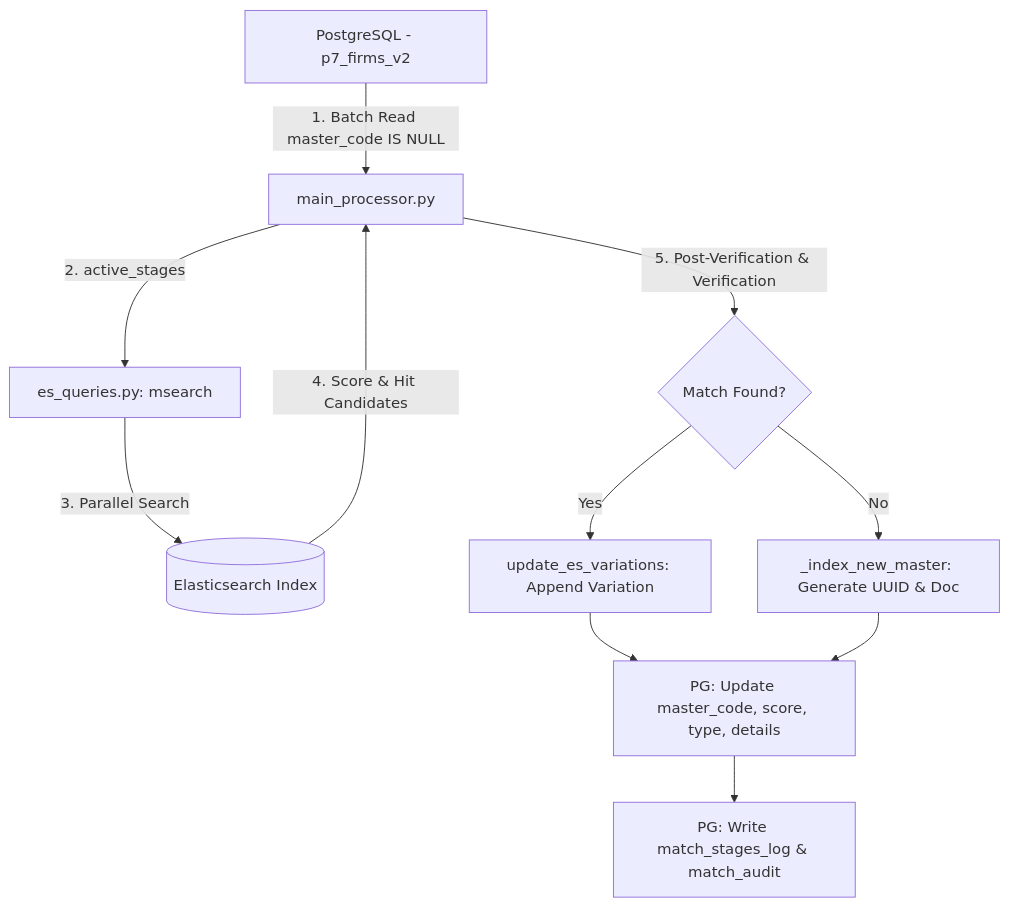
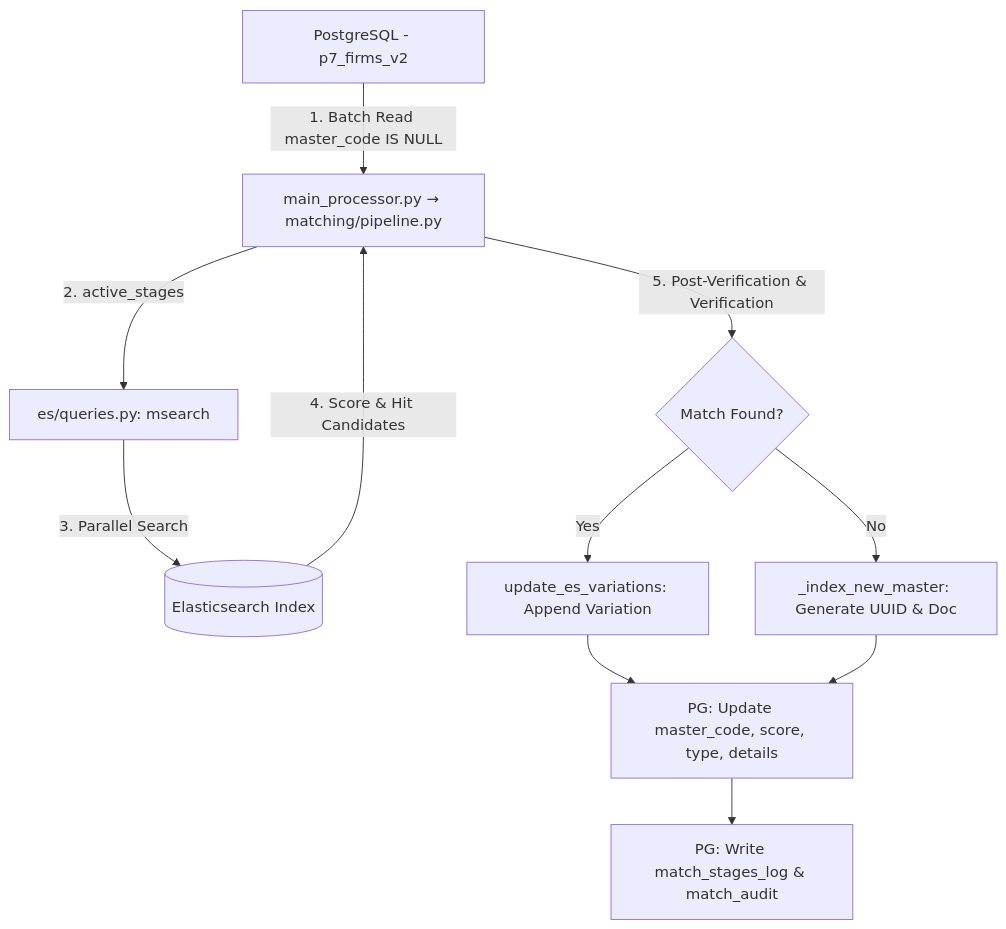
One commit to fatihgulsen/ta-code-merge changed the diagram in README.md. Above: the diagram before and after it, drawn with Mermaid. The commit also changed other lines of this file and 1 other file, not shown here.

````diff
--- a/README.md
+++ b/README.md
@@ -53,13 +53,13 @@
 ```mermaid
 graph TD
-    PG[PostgreSQL - p7_firms_v2] -->|1. Batch Read master_code IS NULL| MP[main_processor.py]
-    MP -->|2. active_stages| Msearch[es_queries.py: msearch]
+    PG[PostgreSQL - p7_firms_v2] -->|1. Batch Read master_code IS NULL| MP[main_processor.py → matching/pipeline.py]
+    MP -->|2. active_stages| Msearch[es/queries.py: msearch]
     Msearch -->|3. Parallel Search| ES[(Elasticsearch Index)]
     ES -->|4. Score & Hit Candidates| MP
     MP -->|5. Post-Verification & Verification| Winner{Match Found?}
     Winner -->|Yes| UpdateES[update_es_variations: Append Variation]
     Winner -->|No| CreateMaster[_index_new_master: Generate UUID & Doc]
     UpdateES --> DBUpdate[PG: Update master_code, score, type, details]
     CreateMaster --> DBUpdate
     DBUpdate --> LogTable[PG: Write match_stages_log & match_audit]
 ```
````
